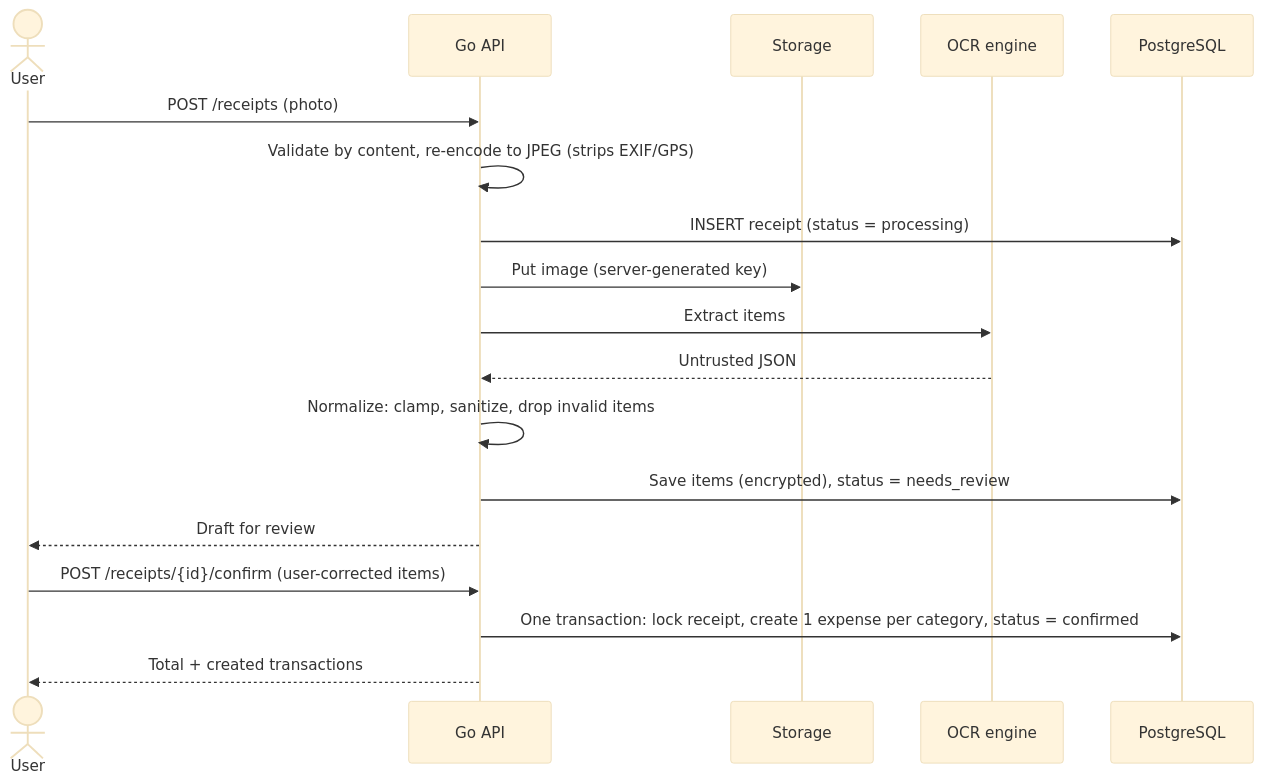
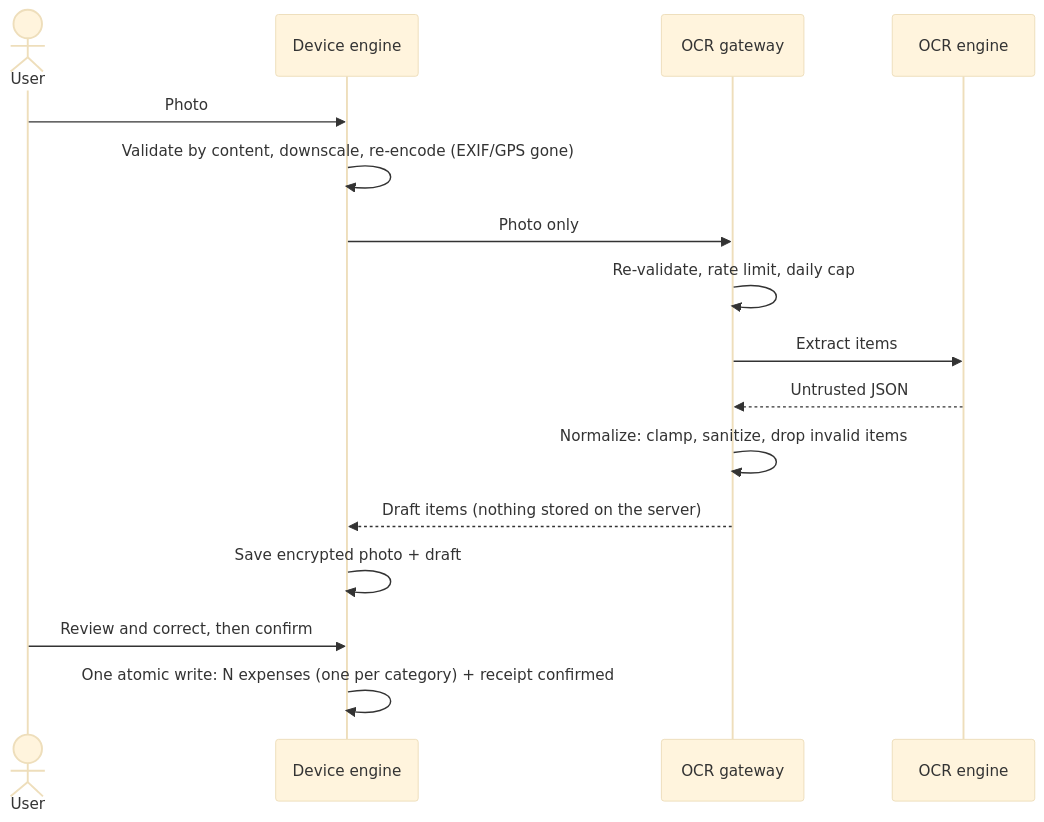
The third of 3 diagrams in README.md (WahyuAriyadi/SmartLedger), drawn with Mermaid (base theme) before and after one commit. The commit also changed other lines of this file and 37 other files, not shown here.

````diff
--- a/README.md
+++ b/README.md
@@ -71,21 +94,19 @@
 ```mermaid
 sequenceDiagram
     actor U as User
-    participant API as Go API
-    participant S as Storage
+    participant D as Device engine
+    participant G as OCR gateway
     participant O as OCR engine
-    participant DB as PostgreSQL
 
-    U->>API: POST /receipts (photo)
-    API->>API: Validate by content, re-encode to JPEG (strips EXIF/GPS)
-    API->>DB: INSERT receipt (status = processing)
-    API->>S: Put image (server-generated key)
-    API->>O: Extract items
-    O-->>API: Untrusted JSON
-    API->>API: Normalize: clamp, sanitize, drop invalid items
-    API->>DB: Save items (encrypted), status = needs_review
-    API-->>U: Draft for review
-    U->>API: POST /receipts/{id}/confirm (user-corrected items)
-    API->>DB: One transaction: lock receipt, create 1 expense per category, status = confirmed
-    API-->>U: Total + created transactions
+    U->>D: Photo
+    D->>D: Validate by content, downscale, re-encode (EXIF/GPS gone)
+    D->>G: Photo only
+    G->>G: Re-validate, rate limit, daily cap
+    G->>O: Extract items
+    O-->>G: Untrusted JSON
+    G->>G: Normalize: clamp, sanitize, drop invalid items
+    G-->>D: Draft items (nothing stored on the server)
+    D->>D: Save encrypted photo + draft
+    U->>D: Review and correct, then confirm
+    D->>D: One atomic write: N expenses (one per category) + receipt confirmed
 ```
````
